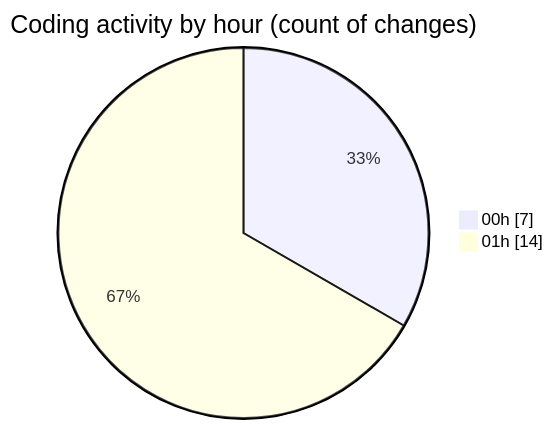
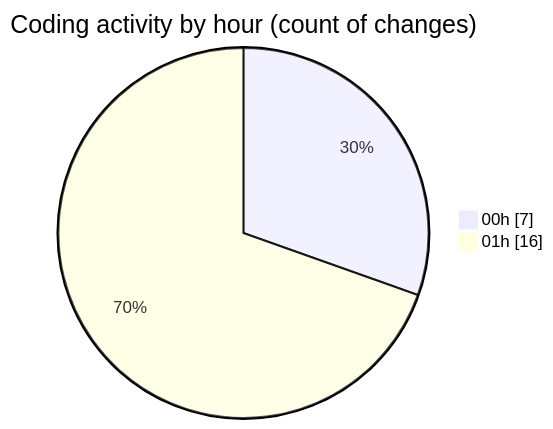
One commit to tmsrecording-cyber/code-tracking changed the second of 2 diagrams in 2026-04-24/darkwire/README.md. Above: the diagram before and after it, drawn with Mermaid. The commit also changed other lines of this file and 1 other file, not shown here.

````diff
--- a/2026-04-24/darkwire/README.md
+++ b/2026-04-24/darkwire/README.md
@@ -38,6 +38,6 @@
 ```mermaid
 pie showData
 title Coding activity by hour (count of changes)
 "00h" : 7
-"01h" : 14
+"01h" : 16
 ```
````
